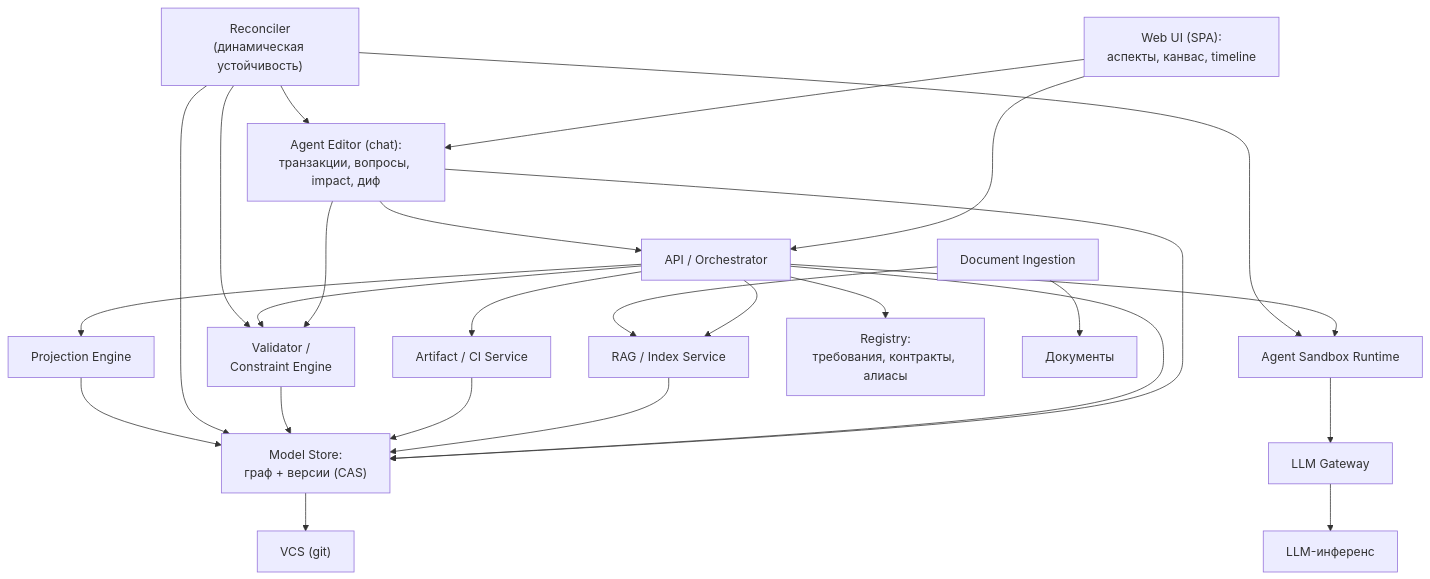
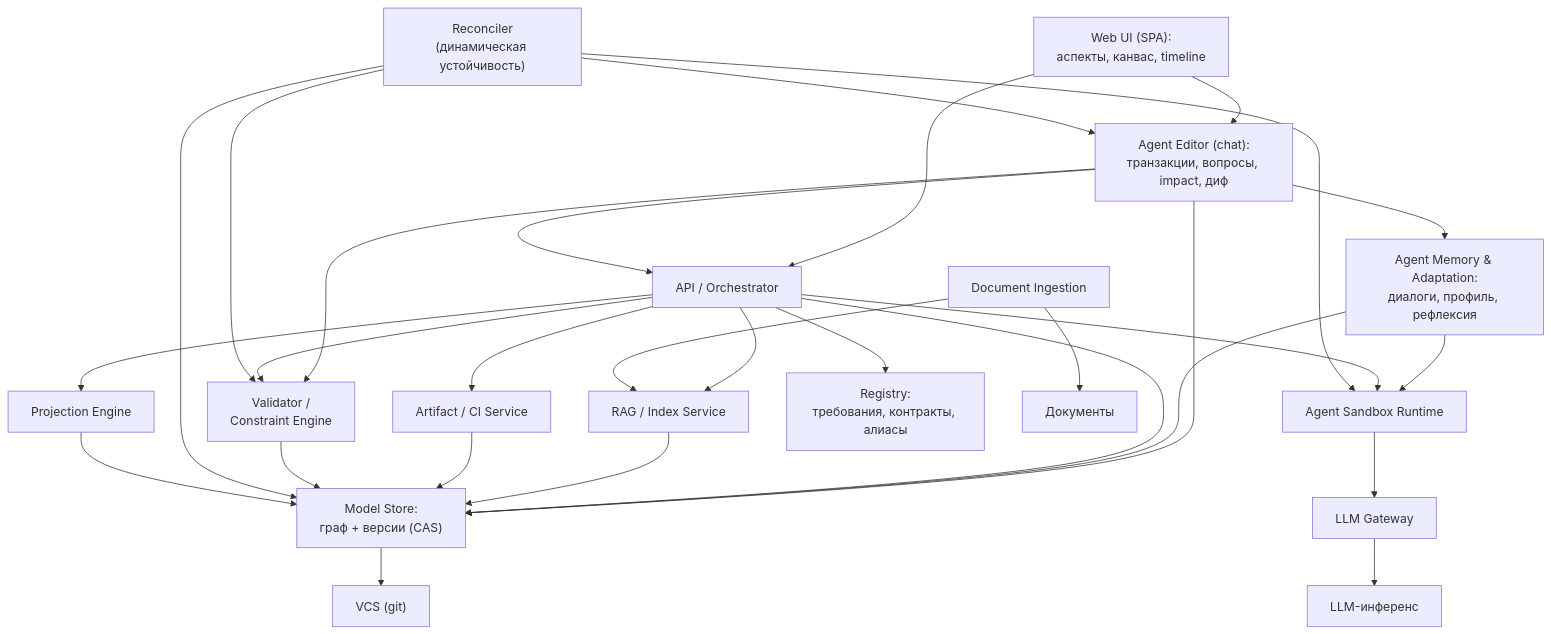
The second of 4 diagrams in ARCHITECTURE.md (pol4/ArchIDE), drawn with Mermaid before and after one commit. The commit also changed other lines of this file and 3 other files, not shown here.

First line of the commit message:
docs: agent experience, self-adaptation, reflection and toxicity robustness

````diff
--- a/ARCHITECTURE.md
+++ b/ARCHITECTURE.md
@@ -47,42 +47,46 @@
 ```mermaid
 graph TD
   UI["Web UI (SPA):<br/>аспекты, канвас, timeline"]
   EDIT["Agent Editor (chat):<br/>транзакции, вопросы, impact, диф"]
+  MEM["Agent Memory & Adaptation:<br/>диалоги, профиль, рефлексия"]
   API["API / Orchestrator"]
   MS["Model Store:<br/>граф + версии (CAS)"]
   VAL["Validator /<br/>Constraint Engine"]
   RECON["Reconciler<br/>(динамическая устойчивость)"]
   PROJ["Projection Engine"]
   SBX["Agent Sandbox Runtime"]
   GW["LLM Gateway"]
   RAG["RAG / Index Service"]
   ING["Document Ingestion"]
   ART["Artifact / CI Service"]
   REG["Registry:<br/>требования, контракты, алиасы"]
 
   UI --> API
   UI --> EDIT
   EDIT --> API
   EDIT --> VAL
   EDIT --> MS
+  EDIT --> MEM
+  MEM --> MS
+  MEM --> SBX
   API --> MS
   API --> VAL
   API --> PROJ
   API --> SBX
   API --> RAG
   API --> ART
   API --> REG
   SBX --> GW
   GW --> LLM["LLM-инференс"]
   RAG --> MS
   ING --> RAG
   ING --> DOCS["Документы"]
   ART --> MS
   VAL --> MS
   RECON --> VAL
   RECON --> MS
   RECON --> EDIT
   RECON --> SBX
   PROJ --> MS
   MS --> VCS["VCS (git)"]
 ```
````
